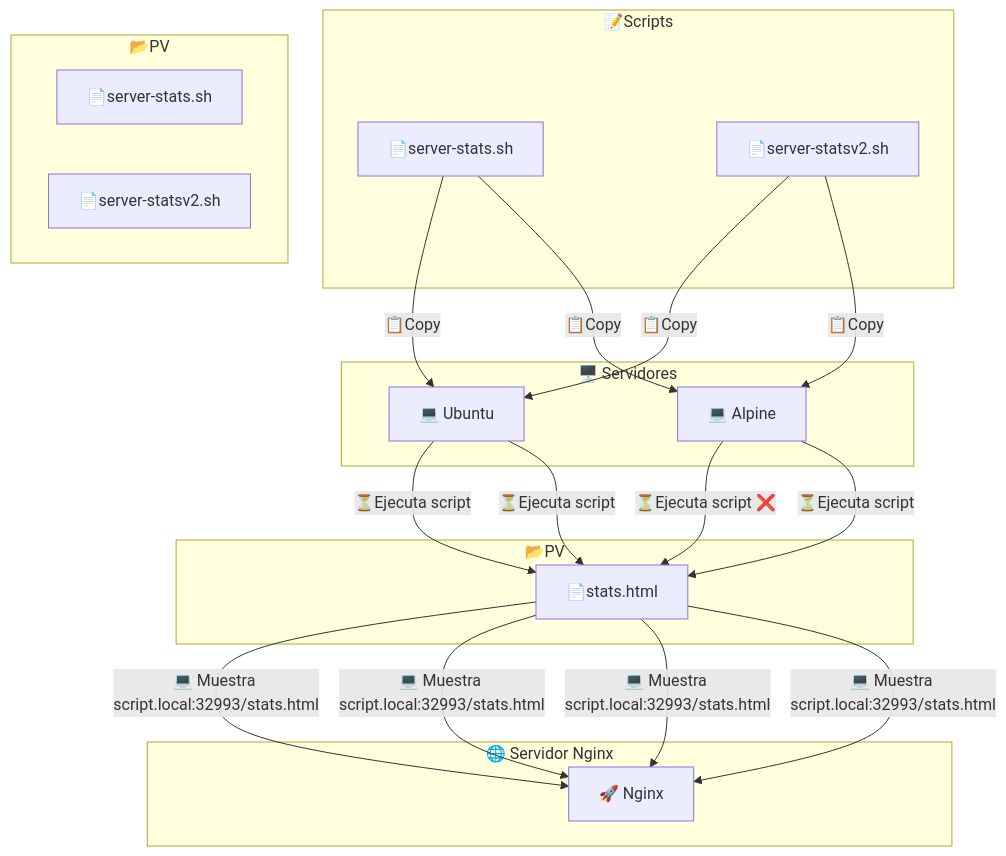
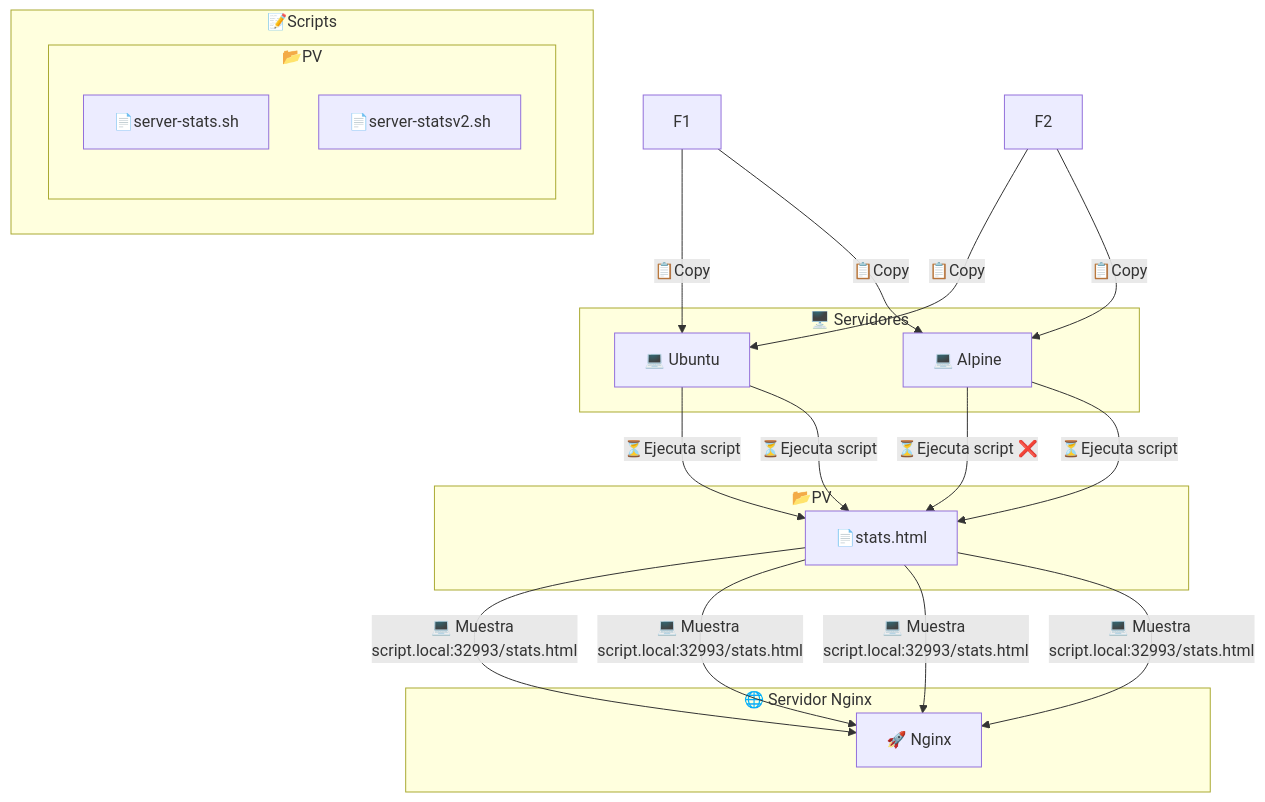
Before and after one commit to donas11/https-roadmap.sh-projects-server-stats: the diagram in SchemeServerIdea.md, drawn with Mermaid.

Commit message:
Terraform organization,

````diff
--- a/SchemeServerIdea.md
+++ b/SchemeServerIdea.md
@@ -3,43 +3,39 @@
 ```mermaid
 graph TD;
     subgraph Servidor["🖥️ Servidores"]
         S1["💻 Ubuntu"];
         S2["💻 Alpine"];
     end
 
     subgraph Scripts["📝Scripts"]
-        F1["📄server-stats.sh "];
-        F2["📄server-statsv2.sh "];
+        subgraph Persist_volumen_IN["📂PV"]
+            I1["📄server-stats.sh "];
+            I2["📄server-statsv2.sh "];
+        end
     end
-
-    subgraph Persist_volumen_IN["📂PV"]
-        I1["📄server-stats.sh "];
-        I2["📄server-statsv2.sh "];
-    end
-
         subgraph Persist_volumen_out["📂PV"]
         O["📄stats.html "];
     end
 
     subgraph Nginx_Server["🌐 Servidor Nginx"]
         N["🚀 Nginx"];
     end;
 
     F1 -->|📋Copy| S1 
     S1 -->|⏳Ejecuta script| O
     O -->|💻 Muestra script.local:32993/stats.html |N
 
     F1 -->|📋Copy| S2 
     S2 -->|⏳Ejecuta script ❌| O
     O -->|💻 Muestra script.local:32993/stats.html |N
 
     F2 -->|📋Copy| S1 
     S1 -->|⏳Ejecuta script| O
     O -->|💻 Muestra script.local:32993/stats.html |N
 
     F2 -->|📋Copy| S2 
     S2 -->|⏳Ejecuta script| O
     O -->|💻 Muestra script.local:32993/stats.html |N
 
 
 ```
````
